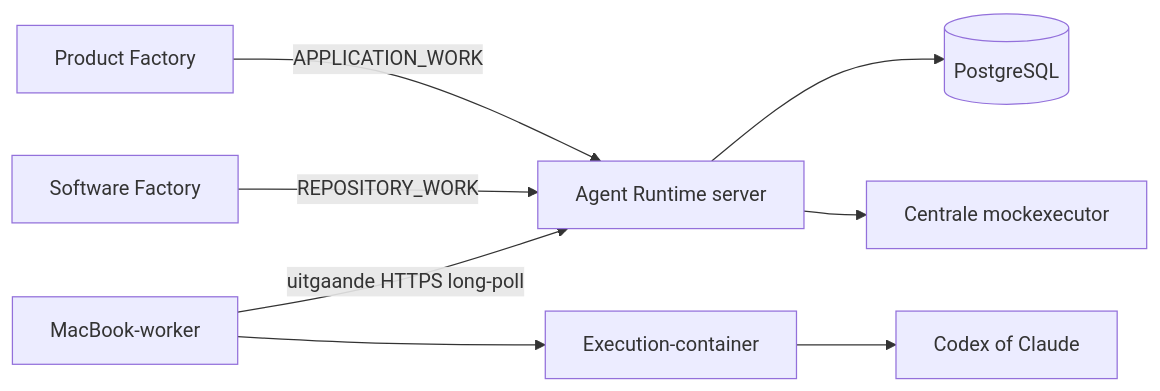
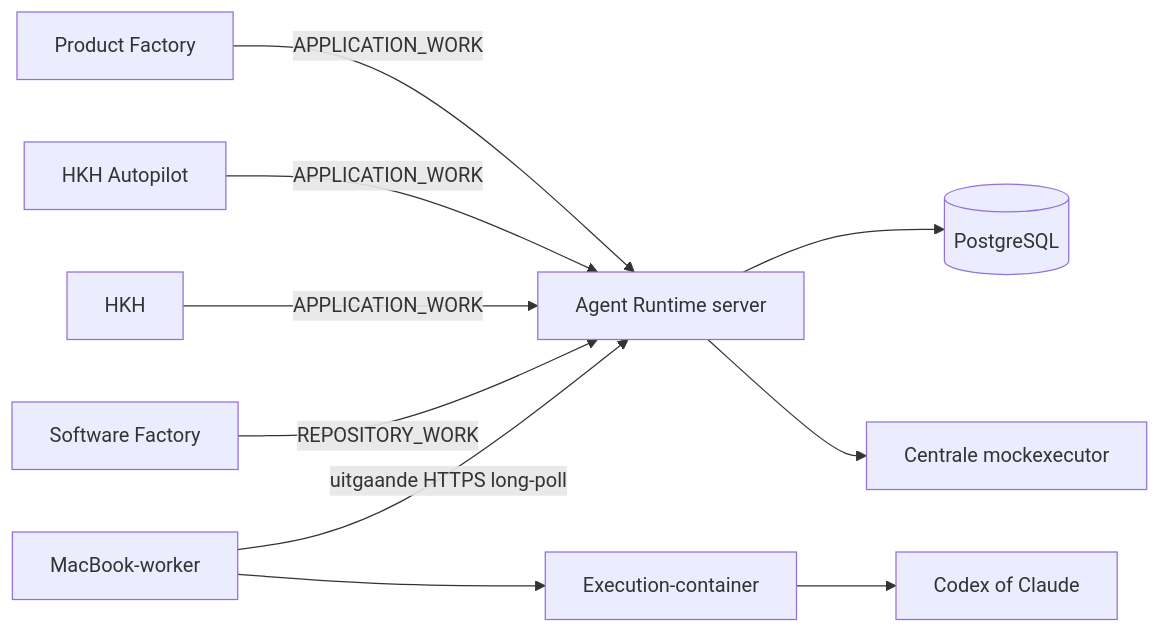
Before and after one commit to robbertvdzon/agent-runtime: the diagram in docs/architectuur-en-beveiliging.md, drawn with Mermaid. The commit also changed other lines of this file and 14 other files, not shown here.

````diff
--- a/docs/architectuur-en-beveiliging.md
+++ b/docs/architectuur-en-beveiliging.md
@@ -10,10 +10,12 @@
 ```mermaid
 flowchart LR
   PF[Product Factory] -->|APPLICATION_WORK| API[Agent Runtime server]
+  HKHA[HKH Autopilot] -->|APPLICATION_WORK| API
+  HKH[HKH] -->|APPLICATION_WORK| API
   SF[Software Factory] -->|REPOSITORY_WORK| API
   API --> DB[(PostgreSQL)]
   API --> MOCK[Centrale mockexecutor]
   WORKER[MacBook-worker] -->|uitgaande HTTPS long-poll| API
   WORKER --> CONTAINER[Execution-container]
   CONTAINER --> CODEX[Codex of Claude]
 ```
````
